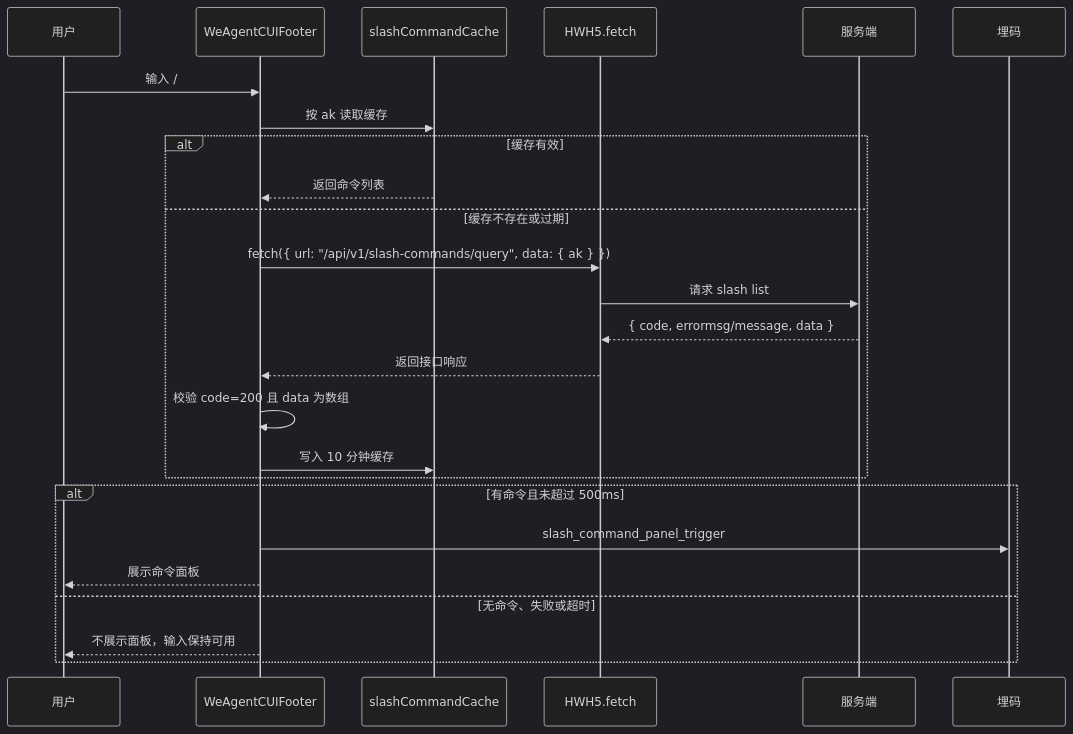
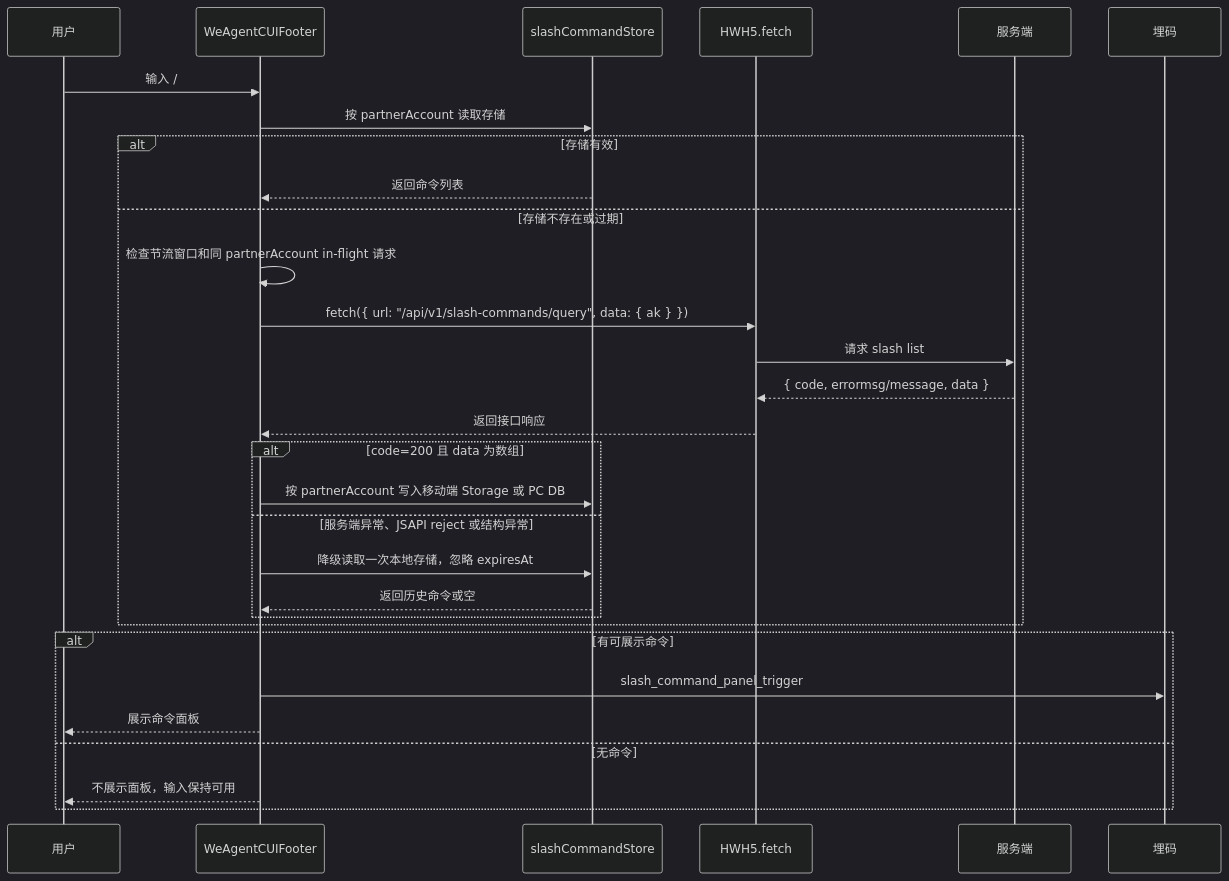
Before and after one commit to Abelsjcheng/skillSDK: the second of 3 diagrams in ai-chat-viewer/docs/plans/2026-06-04-slash-command-suggestion-plan.md, drawn with Mermaid (dark theme). The commit also changed other lines of this file, not shown here.

Commit message:
docs(frontend): refine slash command suggestion plan

````diff
--- a/ai-chat-viewer/docs/plans/2026-06-04-slash-command-suggestion-plan.md
+++ b/ai-chat-viewer/docs/plans/2026-06-04-slash-command-suggestion-plan.md
@@ -76,28 +83,33 @@
 ```mermaid
 sequenceDiagram
     participant User as 用户
     participant Footer as WeAgentCUIFooter
-    participant Cache as slashCommandCache
+    participant Store as slashCommandStore
     participant HWH5 as HWH5.fetch
     participant Server as 服务端
     participant UEM as 埋码
 
     User->>Footer: 输入 /
-    Footer->>Cache: 按 ak 读取缓存
-    alt 缓存有效
-        Cache-->>Footer: 返回命令列表
-    else 缓存不存在或过期
+    Footer->>Store: 按 partnerAccount 读取存储
+    alt 存储有效
+        Store-->>Footer: 返回命令列表
+    else 存储不存在或过期
+        Footer->>Footer: 检查节流窗口和同 partnerAccount in-flight 请求
         Footer->>HWH5: fetch({ url: "/api/v1/slash-commands/query", data: { ak } })
         HWH5->>Server: 请求 slash list
         Server-->>HWH5: { code, errormsg/message, data }
         HWH5-->>Footer: 返回接口响应
-        Footer->>Footer: 校验 code=200 且 data 为数组
-        Footer->>Cache: 写入 10 分钟缓存
+        alt code=200 且 data 为数组
+            Footer->>Store: 按 partnerAccount 写入移动端 Storage 或 PC DB
+        else 服务端异常、JSAPI reject 或结构异常
+            Footer->>Store: 降级读取一次本地存储，忽略 expiresAt
+            Store-->>Footer: 返回历史命令或空
+        end
     end
-    alt 有命令且未超过 500ms
+    alt 有可展示命令
         Footer->>UEM: slash_command_panel_trigger
         Footer-->>User: 展示命令面板
-    else 无命令、失败或超时
+    else 无命令
         Footer-->>User: 不展示面板，输入保持可用
     end
 ```
````
